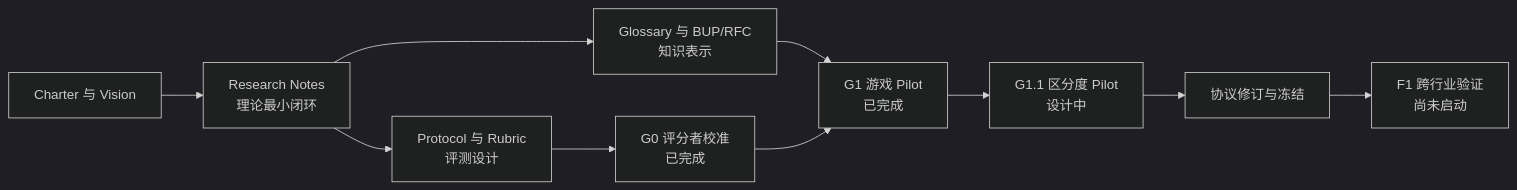
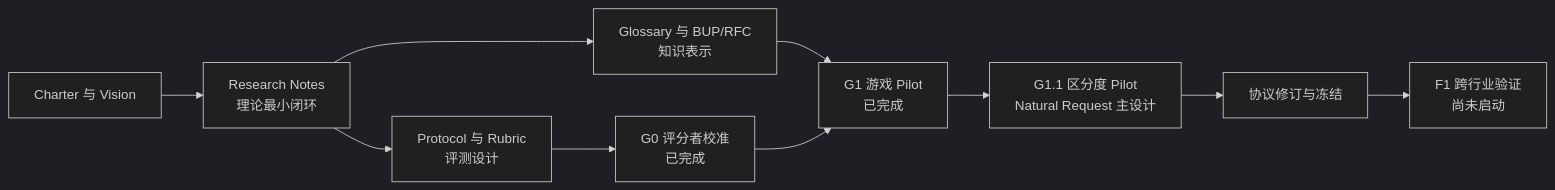
One commit to zeslyn/analytical_business_understanding changed the diagram in README.md. Above: the diagram before and after it, drawn with Mermaid (dark theme). The commit also changed other lines of this file and 5 other files, not shown here.

````diff
--- a/README.md
+++ b/README.md
@@ -38,12 +40,12 @@
 ```mermaid
 flowchart LR
     A["Charter 与 Vision"] --> B["Research Notes<br/>理论最小闭环"]
     B --> C["Glossary 与 BUP/RFC<br/>知识表示"]
     B --> D["Protocol 与 Rubric<br/>评测设计"]
     D --> E["G0 评分者校准<br/>已完成"]
     C --> F["G1 游戏 Pilot<br/>已完成"]
     E --> F
-    F --> G["G1.1 区分度 Pilot<br/>设计中"]
+    F --> G["G1.1 区分度 Pilot<br/>Natural Request 主设计"]
     G --> H["协议修订与冻结"]
     H --> I["F1 跨行业验证<br/>尚未启动"]
 ```
````
